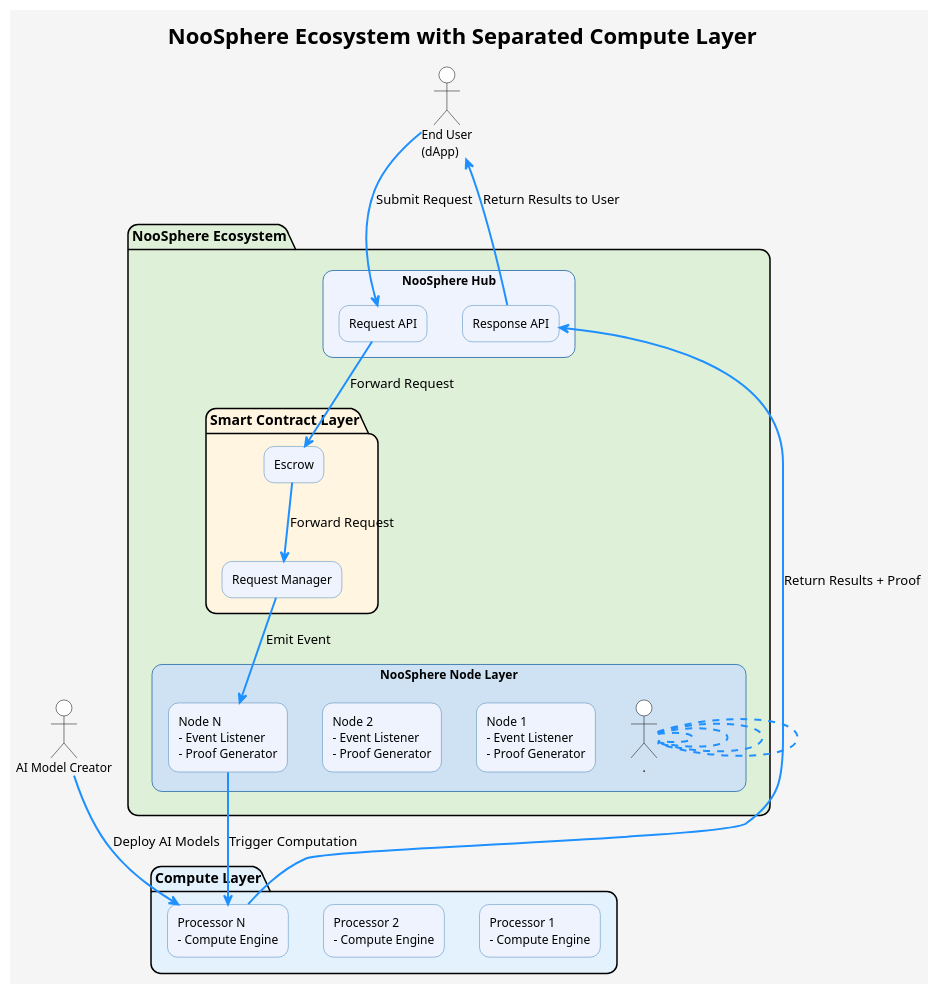
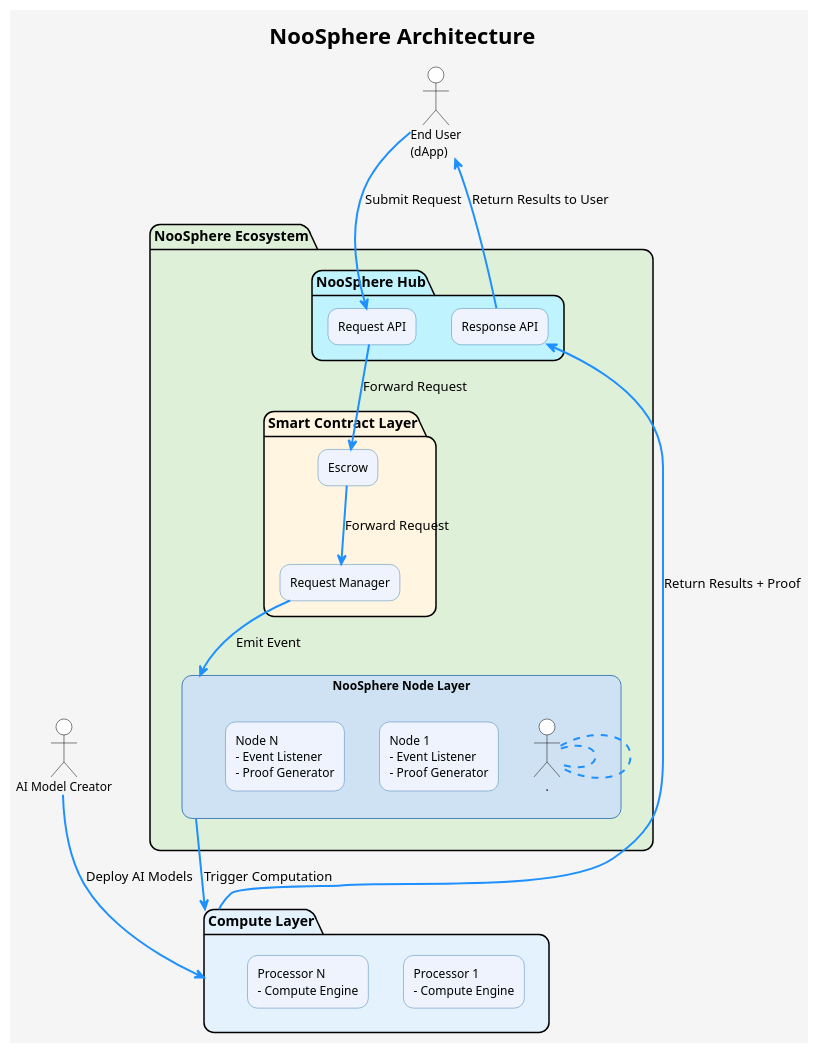
The diagram in NooSphere_Architecture.puml (hpp-io/noosphere), drawn with PlantUML before and after one commit.

Commit message:
HPP-14, HPP-1 added use case diagram

```diff
--- a/NooSphere_Architecture.puml
+++ b/NooSphere_Architecture.puml
@@ -1,91 +1,78 @@
 @startuml
+left to right direction
 skinparam backgroundColor #F5F5F5
 skinparam shadowing false
 skinparam componentStyle rectangle
 skinparam ArrowColor #1E90FF
 skinparam ArrowThickness 2
 skinparam roundcorner 20
 skinparam rectangle {
     FontName Calibri
     FontSize 12
     BackgroundColor #EFF3FE
     FontColor #000000
     BorderColor #4682B4
 }
 
 skinparam actor {
     FontName Calibri
     FontSize 12
     BackgroundColor #FFFFFF
     FontColor #000000
     BorderColor #000000
 }
 
 skinparam titleFontName Calibri
 skinparam titleFontSize 22
 skinparam titleFontColor #000000
 
 title
-NooSphere Ecosystem with Separated Compute Layer
+NooSphere Architecture
 end title
 
 actor "End User\n(dApp)" as User
 actor "AI Model Creator" as AIMC
 
 package "NooSphere Ecosystem" #DFF0D8 {
-    rectangle "NooSphere Hub" as Hub {
+    left to right direction
+    package "NooSphere Hub" as Hub #BFF3FE{
+        left to right direction
         rectangle "Request API" as ReqAPI
         rectangle "Response API" as RespAPI
     }
 
-    rectangle "NooSphere Node Layer" #CFE2F3 {
+    package "Smart Contract Layer" as Contract #FFF5E1 {
+        left to right direction
+        rectangle "Escrow" as Escrow
+        rectangle "Request Manager" as ReqManager
+    }
+
+    rectangle "NooSphere Node Layer" as Node #CFE2F3 {
+        top to bottom direction
         rectangle "Node 1\n- Event Listener\n- Proof Generator" as Node1
-        rectangle "Node 2\n- Event Listener\n- Proof Generator" as Node2
-'        rectangle "Node 3\n- Event Listener\n- Proof Generator" as Node3
+'        rectangle "Node 2\n- Event Listener\n- Proof Generator" as Node2
         ...
         rectangle "Node N\n- Event Listener\n- Proof Generator" as NodeN
     }
-
-    package "Smart Contract Layer" #FFF5E1 {
-        rectangle "Escrow" as Escrow
-        rectangle "Request Manager" as ReqManager
-    }
 }
 
-package "Compute Layer" #E3F2FD {
+package "Compute Layer" as Compute #E3F2FD {
+    top to bottom direction
     rectangle "Processor 1\n- Compute Engine" as AI1
-    rectangle "Processor 2\n- Compute Engine" as AI2
-'    rectangle "Processor 3\n- Compute Engine" as AI3
+'    rectangle "Processor 2\n- Compute Engine" as AI2
     ...
     rectangle "Processor N\n- Compute Engine" as AIN
 }
 
 User --> ReqAPI : Submit Request
 ReqAPI --> Escrow : Forward Request
 Escrow --> ReqManager : Forward Request
 
-'Contract --> Node1 : Emit Event
-'Node1 --> AI1 : Trigger Computation
-'AI1 --> RespAPI : Return Results + Proof
-
-'Contract --> Node2 : Emit Event
-'Node2 --> AI2 : Trigger Computation
-'AI2 --> RespAPI : Return Results + Proof
-
-'Contract --> Node3 : Emit Event
-'Node3 --> AI3 : Trigger Computation
-'AI3 --> RespAPI : Return Results + Proof
-
-...
-ReqManager --> NodeN : Emit Event
-NodeN --> AIN : Trigger Computation
-AIN --> RespAPI : Return Results + Proof
+ReqManager --> Node : Emit Event
+Node --> Compute : Trigger Computation
+Compute --> RespAPI : Return Results + Proof
 
 RespAPI --> User : Return Results to User
-'AIMC --> AI1 : Deploy AI Models
-'AIMC --> AI2 : Deploy AI Models
-'AIMC --> AI3 : Deploy AI Models
-...
-AIMC --> AIN : Deploy AI Models
+AIMC --> Compute : Deploy AI Models
 
 @enduml
```
